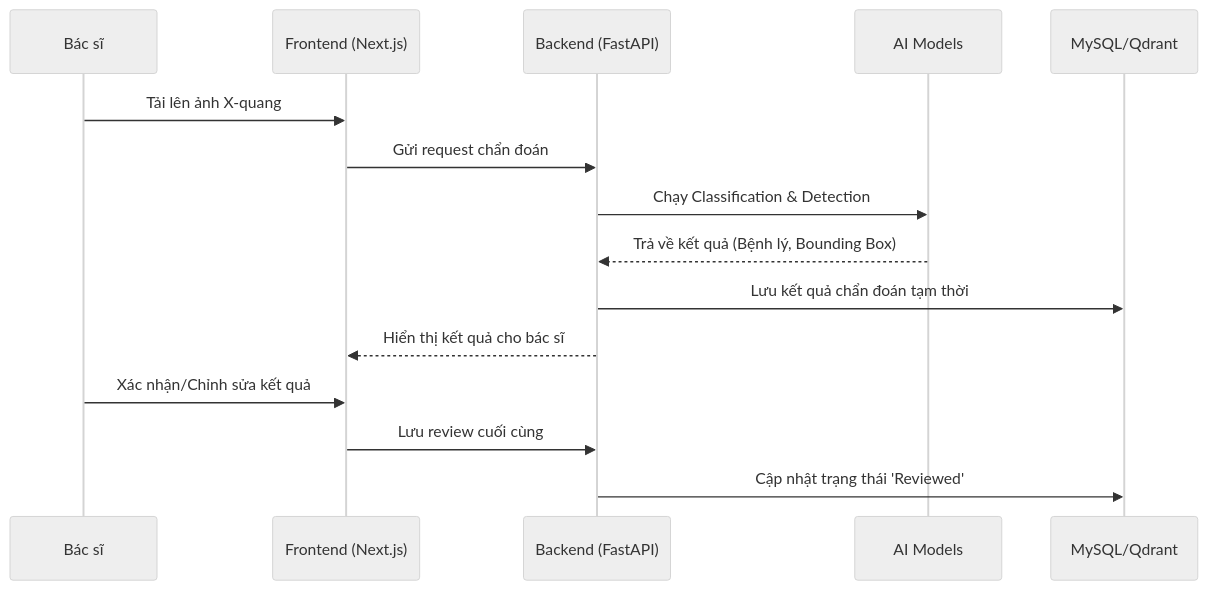
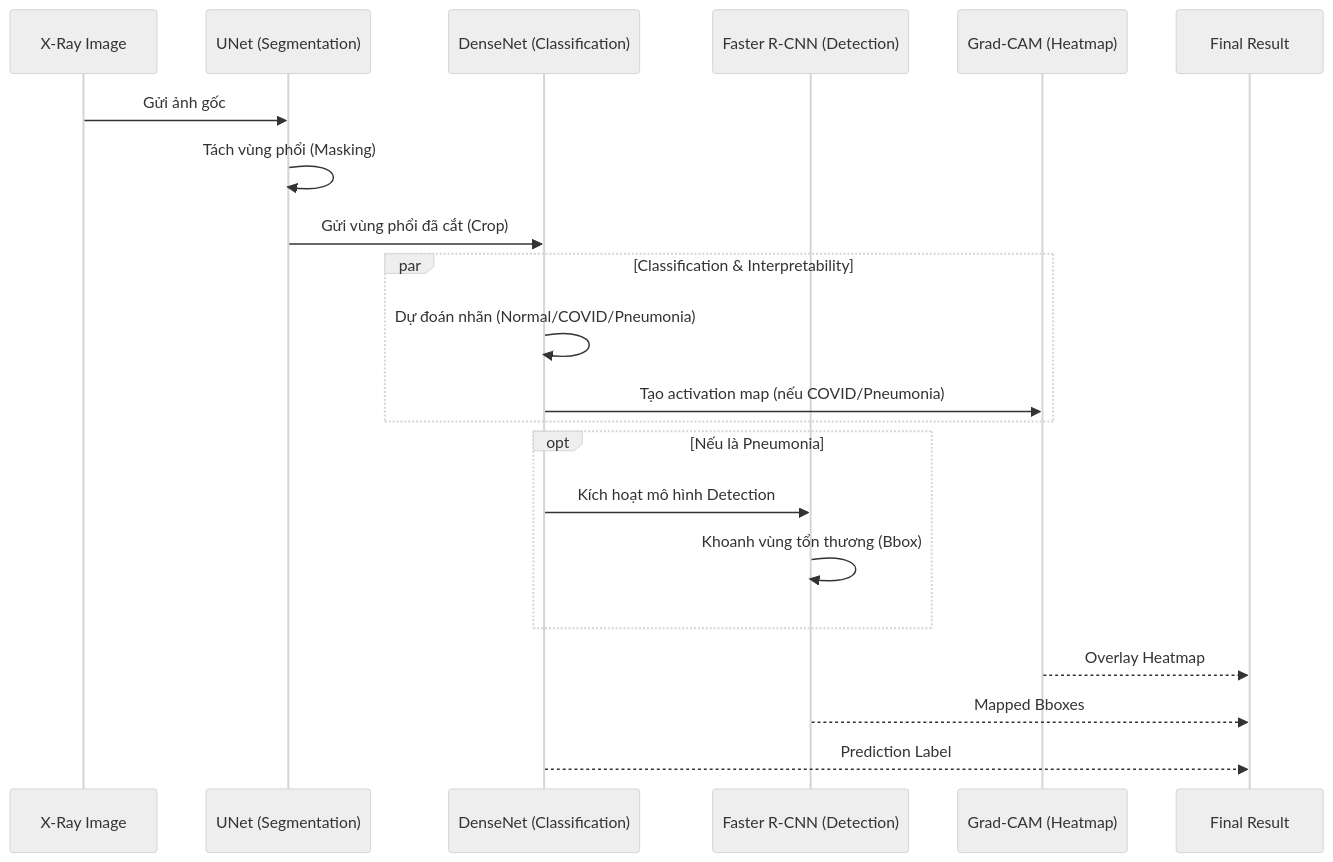
The second of 2 diagrams in README.md (nguyenviethung2004/prj-lung-disease-xray), drawn with Mermaid (neutral theme) before and after one commit. The commit also changed other lines of this file, not shown here.

````diff
--- a/README.md
+++ b/README.md
@@ -49,18 +194,27 @@
 ```mermaid
 sequenceDiagram
-    participant User as Bác sĩ
-    participant FE as Frontend (Next.js)
-    participant BE as Backend (FastAPI)
-    participant AI as AI Models
-    participant DB as MySQL/Qdrant
+    participant IMG as X-Ray Image
+    participant SEG as UNet (Segmentation)
+    participant CLS as DenseNet (Classification)
+    participant DET as Faster R-CNN (Detection)
+    participant XAI as Grad-CAM (Heatmap)
+    participant OUT as Final Result
 
-    User->>FE: Tải lên ảnh X-quang
-    FE->>BE: Gửi request chẩn đoán
-    BE->>AI: Chạy Classification & Detection
-    AI-->>BE: Trả về kết quả (Bệnh lý, Bounding Box)
-    BE->>DB: Lưu kết quả chẩn đoán tạm thời
-    BE-->>FE: Hiển thị kết quả cho bác sĩ
-    User->>FE: Xác nhận/Chỉnh sửa kết quả
-    FE->>BE: Lưu review cuối cùng
-    BE->>DB: Cập nhật trạng thái 'Reviewed'
+    IMG->>SEG: Gửi ảnh gốc
+    SEG->>SEG: Tách vùng phổi (Masking)
+    SEG->>CLS: Gửi vùng phổi đã cắt (Crop)
+    
+    par Classification & Interpretability
+        CLS->>CLS: Dự đoán nhãn (Normal/COVID/Pneumonia)
+        CLS->>XAI: Tạo activation map (nếu COVID/Pneumonia)
+    end
+    
+    opt Nếu là Pneumonia
+        CLS->>DET: Kích hoạt mô hình Detection
+        DET->>DET: Khoanh vùng tổn thương (Bbox)
+    end
+    
+    XAI-->>OUT: Overlay Heatmap
+    DET-->>OUT: Mapped Bboxes
+    CLS-->>OUT: Prediction Label
 ```
````
